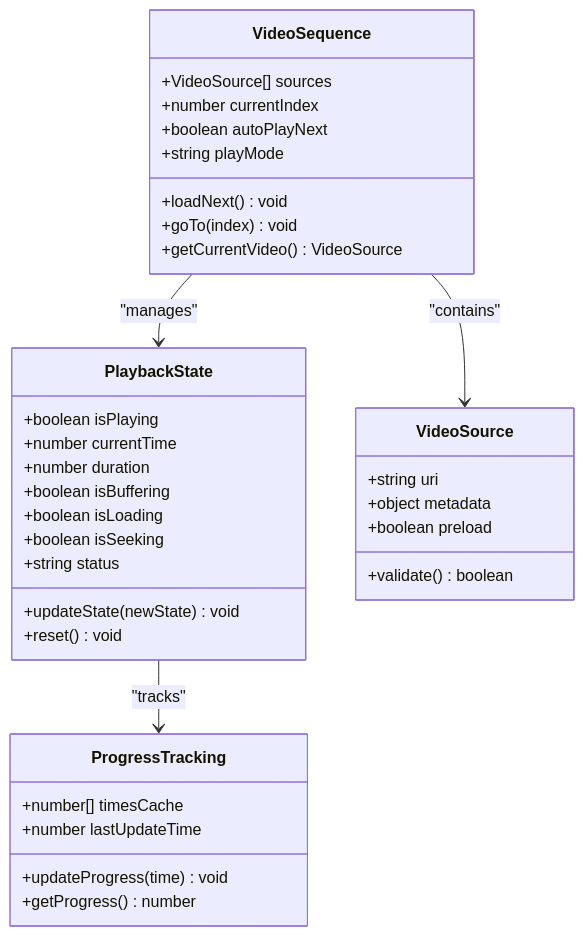
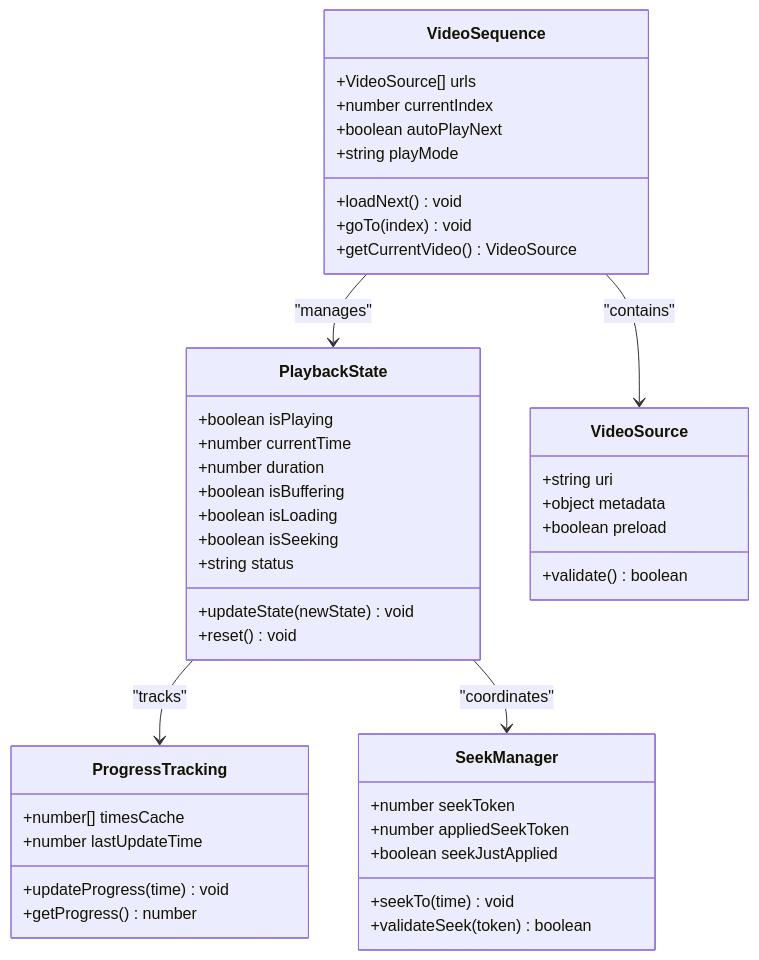
Before and after one commit to 156258852/video-rn: the third of 6 diagrams in .qoder/repowiki/en/content/Custom Hooks Library/useVideoSequencePlayer Hook.md, drawn with Mermaid. The commit also changed other lines of this file and 5 other files, not shown here.

````diff
--- a/.qoder/repowiki/en/content/Custom Hooks Library/useVideoSequencePlayer Hook.md
+++ b/.qoder/repowiki/en/content/Custom Hooks Library/useVideoSequencePlayer Hook.md
@@ -136,38 +148,46 @@
 ```mermaid
 classDiagram
 class VideoSequence {
-+VideoSource[] sources
++VideoSource[] urls
 +number currentIndex
 +boolean autoPlayNext
 +string playMode
 +loadNext() void
 +goTo(index) void
 +getCurrentVideo() VideoSource
 }
 class PlaybackState {
 +boolean isPlaying
 +number currentTime
 +number duration
 +boolean isBuffering
 +boolean isLoading
 +boolean isSeeking
 +string status
 +updateState(newState) void
 +reset() void
 }
 class VideoSource {
 +string uri
 +object metadata
 +boolean preload
 +validate() boolean
 }
 class ProgressTracking {
 +number[] timesCache
 +number lastUpdateTime
 +updateProgress(time) void
 +getProgress() number
 }
+class SeekManager {
++number seekToken
++number appliedSeekToken
++boolean seekJustApplied
++seekTo(time) void
++validateSeek(token) boolean
+}
 VideoSequence --> PlaybackState : "manages"
 VideoSequence --> VideoSource : "contains"
 PlaybackState --> ProgressTracking : "tracks"
+PlaybackState --> SeekManager : "coordinates"
 ```
````
